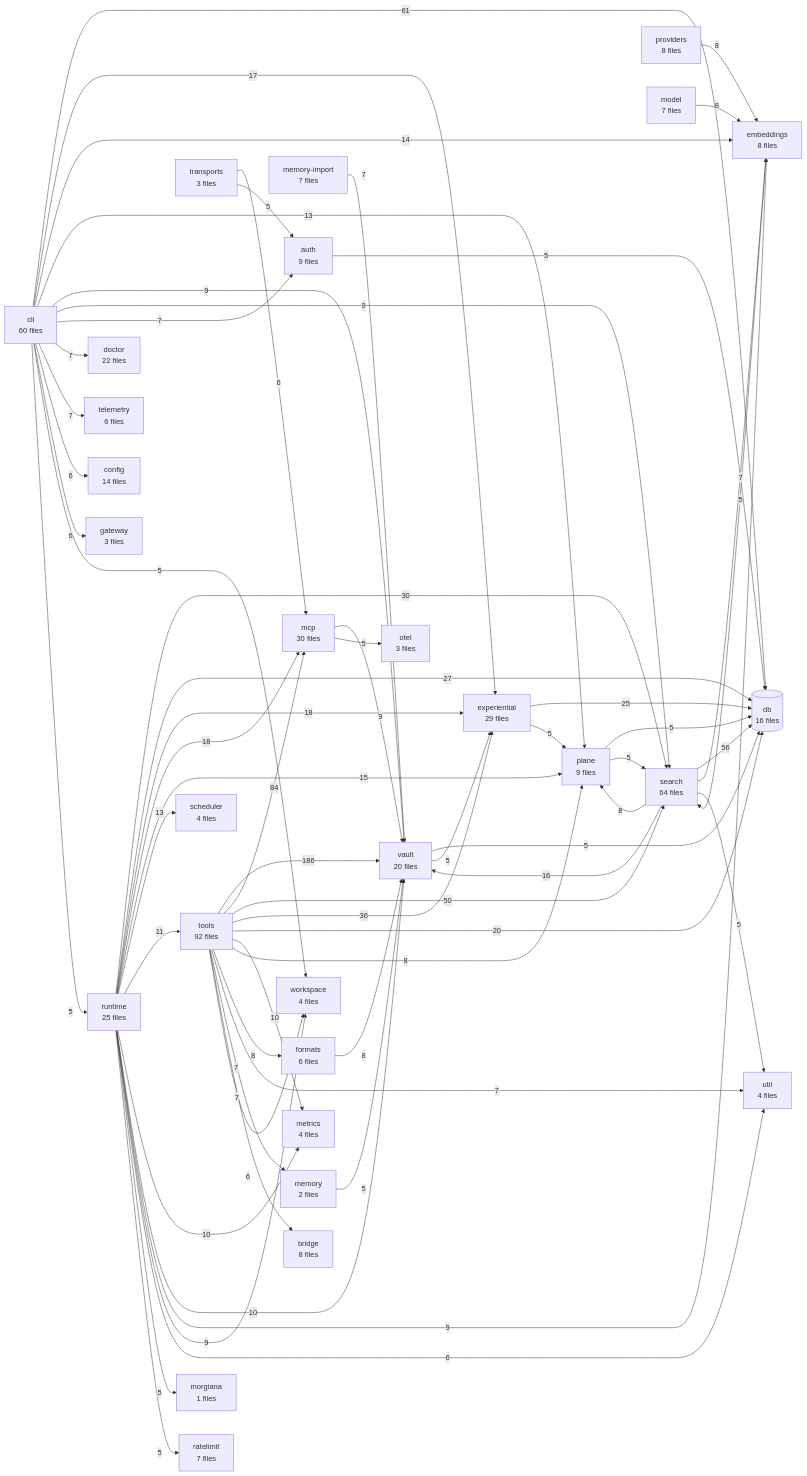
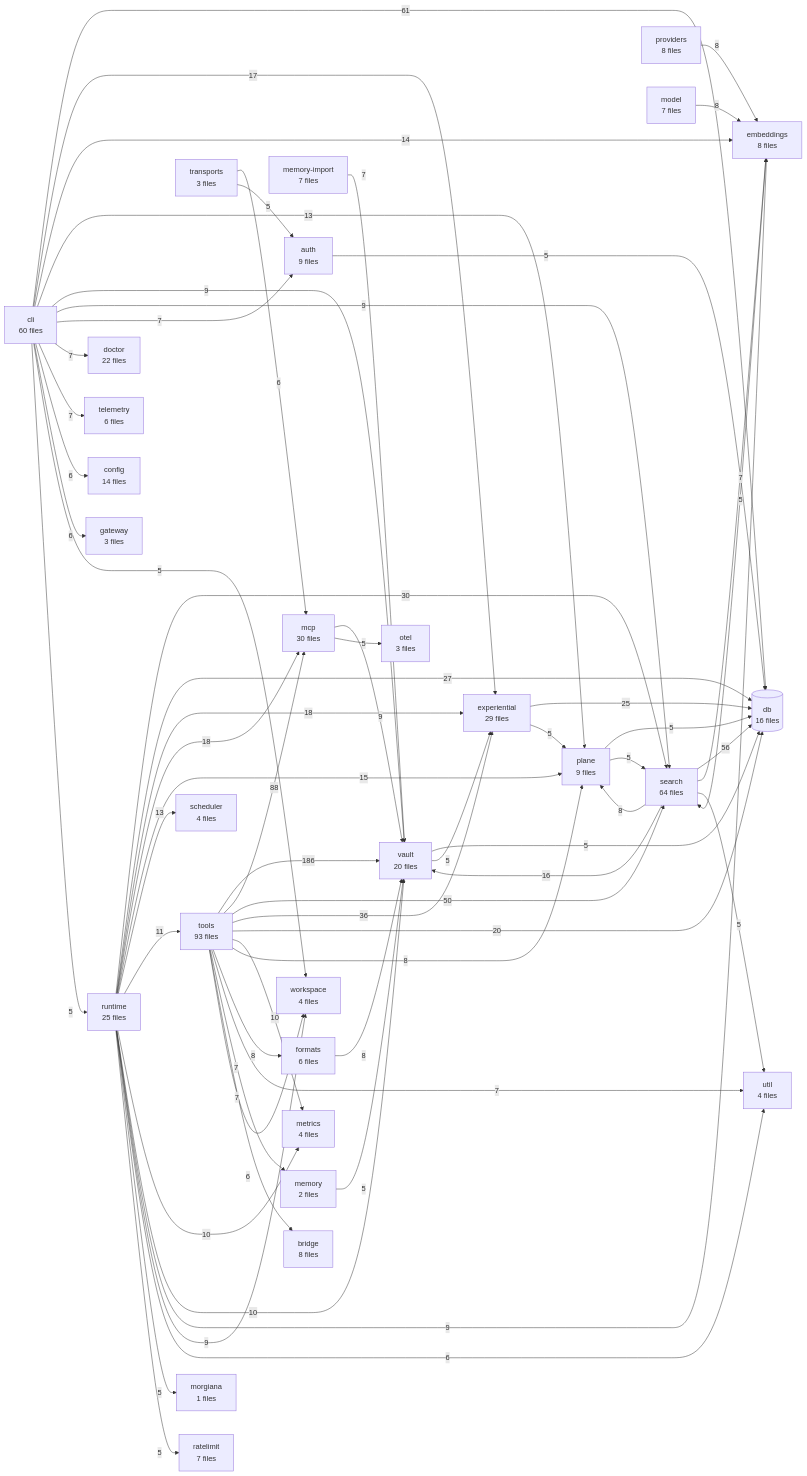
The diagram in TREE.md (The-40-Thieves/obsidian-tc), drawn with Mermaid before and after one commit. The commit also changed other lines of this file and 1 other file, not shown here.

Commit message:
chore(docs): regenerate TREE.md and dependency graph after rebasing onto main

````diff
--- a/TREE.md
+++ b/TREE.md
@@ -329,6 +329,6 @@
 ```mermaid
 flowchart LR
-  tools[tools<br/>92 files]
+  tools[tools<br/>93 files]
   search[search<br/>64 files]
   cli[cli<br/>60 files]
   mcp[mcp<br/>30 files]
@@ -359,7 +359,7 @@
   morgiana[morgiana<br/>1 files]
 
   tools -->|186| vault
-  tools -->|84| mcp
+  tools -->|88| mcp
   cli -->|61| db
   search -->|56| db
   tools -->|50| search
````
